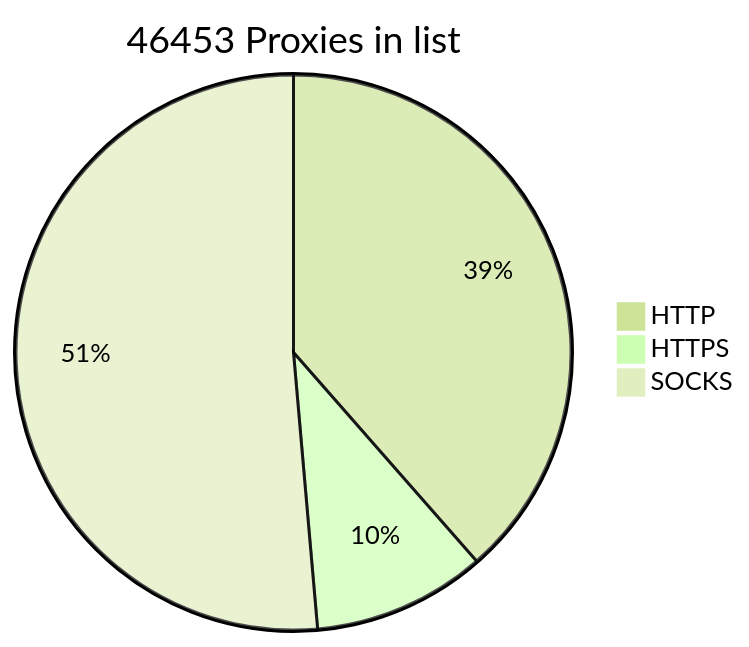
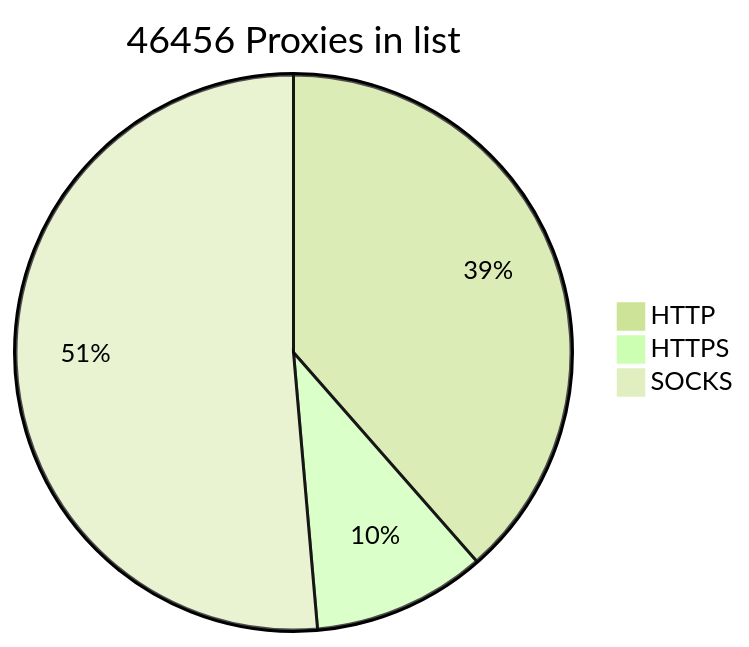
One commit to BlackSnowDot/proxylist-update-every-minute changed the diagram in README.md. Above: the diagram before and after it, drawn with Mermaid (forest theme).

````diff
--- a/README.md
+++ b/README.md
@@ -2,6 +2,6 @@
 ```mermaid
-pie title 46453 Proxies in list
-    "HTTP" : 19613
-    "HTTPS": 5129
+pie title 46456 Proxies in list
+    "HTTP" : 19615
+    "HTTPS": 5131
     "SOCKS" : 26152
 ```
````
